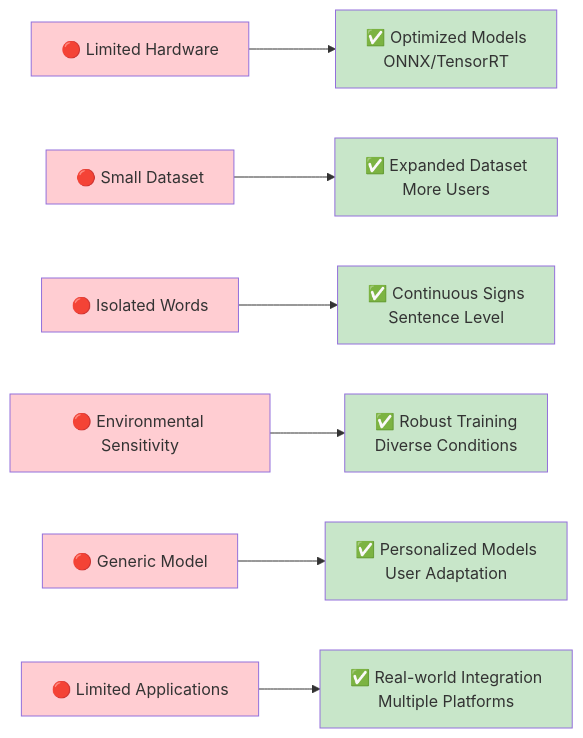
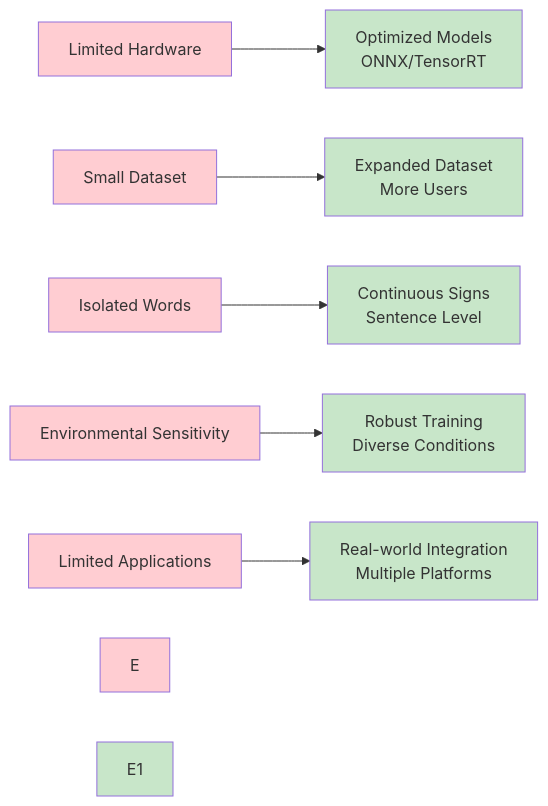
The eighth of 10 diagrams in CHALLENGES_AND_FUTURE.md (Sainava/Sign-Language-to-Speech), drawn with Mermaid before and after one commit.

````diff
--- a/CHALLENGES_AND_FUTURE.md
+++ b/CHALLENGES_AND_FUTURE.md
@@ -197,23 +197,22 @@
 ```mermaid
 graph LR
-    A[🔴 Limited Hardware] --> A1[✅ Optimized Models<br/>ONNX/TensorRT]
-    B[🔴 Small Dataset] --> B1[✅ Expanded Dataset<br/>More Users]
-    C[🔴 Isolated Words] --> C1[✅ Continuous Signs<br/>Sentence Level]
-    D[🔴 Environmental Sensitivity] --> D1[✅ Robust Training<br/>Diverse Conditions]
-    E[🔴 Generic Model] --> E1[✅ Personalized Models<br/>User Adaptation]
-    F[🔴 Limited Applications] --> F1[✅ Real-world Integration<br/>Multiple Platforms]
+    A[Limited Hardware] --> A1[Optimized Models<br/>ONNX/TensorRT]
+    B[Small Dataset] --> B1[Expanded Dataset<br/>More Users]
+    C[Isolated Words] --> C1[Continuous Signs<br/>Sentence Level]
+    D[Environmental Sensitivity] --> D1[Robust Training<br/>Diverse Conditions]
+    F[Limited Applications] --> F1[Real-world Integration<br/>Multiple Platforms]
     
     style A fill:#ffcdd2
     style B fill:#ffcdd2
     style C fill:#ffcdd2
     style D fill:#ffcdd2
     style E fill:#ffcdd2
     style F fill:#ffcdd2
     
     style A1 fill:#c8e6c9
     style B1 fill:#c8e6c9
     style C1 fill:#c8e6c9
     style D1 fill:#c8e6c9
     style E1 fill:#c8e6c9
     style F1 fill:#c8e6c9
 ```
````
